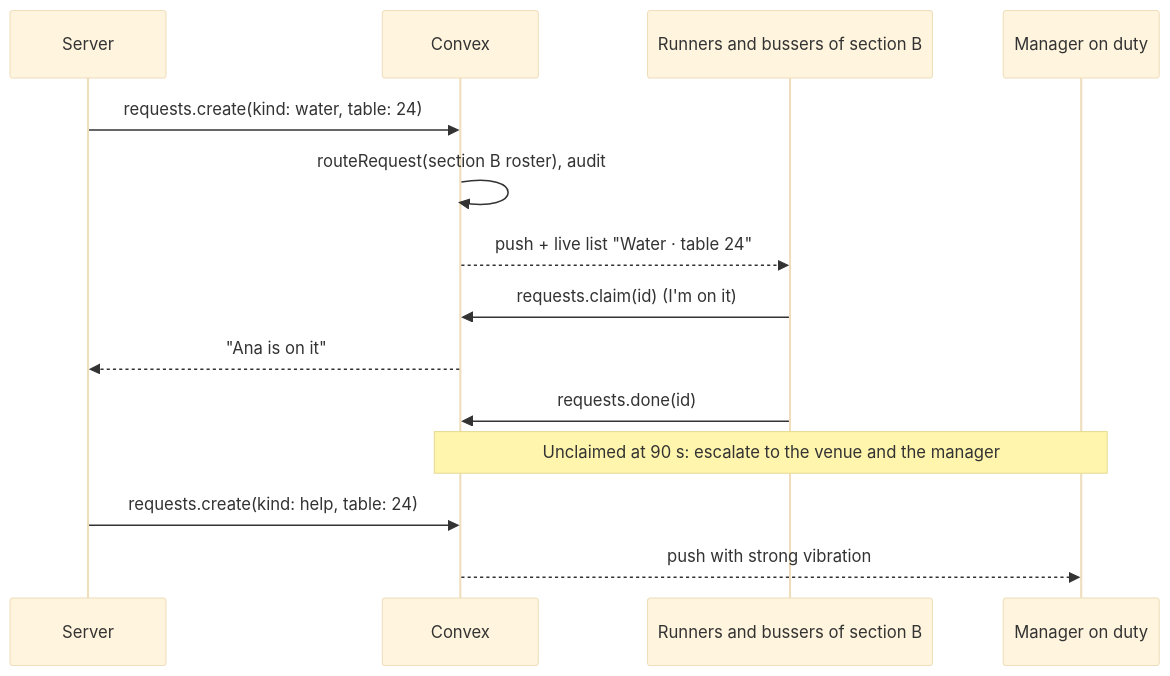
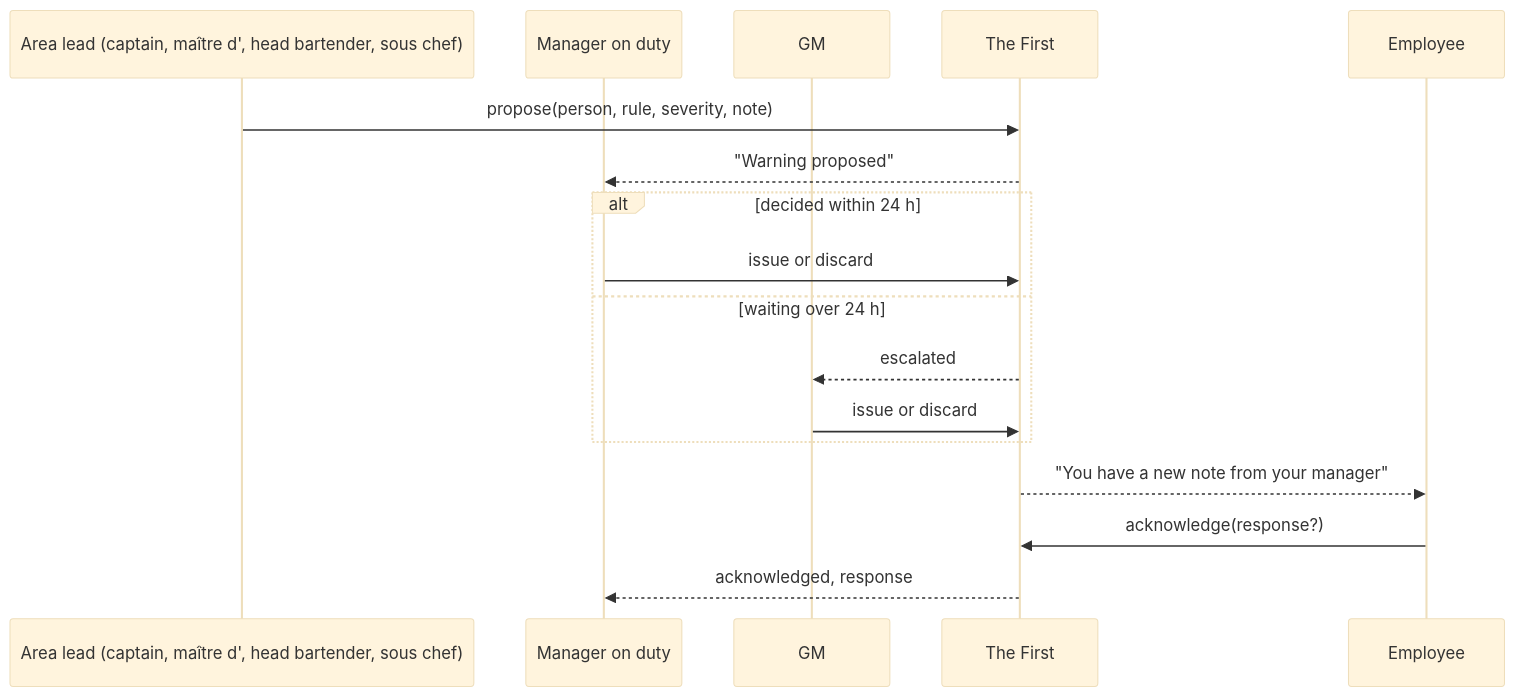
The seventh of 12 diagrams in docs/BLUEPRINT.md (fclaiba/TheFirstHospitalityGroup), drawn with Mermaid (base theme) before and after one commit. The commit also changed other lines of this file and 61 other files, not shown here.

````diff
--- a/docs/BLUEPRINT.md
+++ b/docs/BLUEPRINT.md
@@ -224,16 +398,19 @@
 ```mermaid
 sequenceDiagram
-  participant S as Server
-  participant C as Convex
-  participant R as Runners and bussers of section B
+  participant L as Area lead (captain, maître d', head bartender, sous chef)
   participant M as Manager on duty
-  S->>C: requests.create(kind: water, table: 24)
-  C->>C: routeRequest(section B roster), audit
-  C-->>R: push + live list "Water · table 24"
-  R->>C: requests.claim(id)  (I'm on it)
-  C-->>S: "Ana is on it"
-  R->>C: requests.done(id)
-  Note over C,M: Unclaimed at 90 s: escalate to the venue and the manager
-  S->>C: requests.create(kind: help, table: 24)
-  C-->>M: push with strong vibration
+  participant G as GM
+  participant S as The First
+  participant E as Employee
+  L->>S: propose(person, rule, severity, note)
+  S-->>M: "Warning proposed"
+  alt decided within 24 h
+    M->>S: issue or discard
+  else waiting over 24 h
+    S-->>G: escalated
+    G->>S: issue or discard
+  end
+  S-->>E: "You have a new note from your manager"
+  E->>S: acknowledge(response?)
+  S-->>M: acknowledged, response
 ```
````
